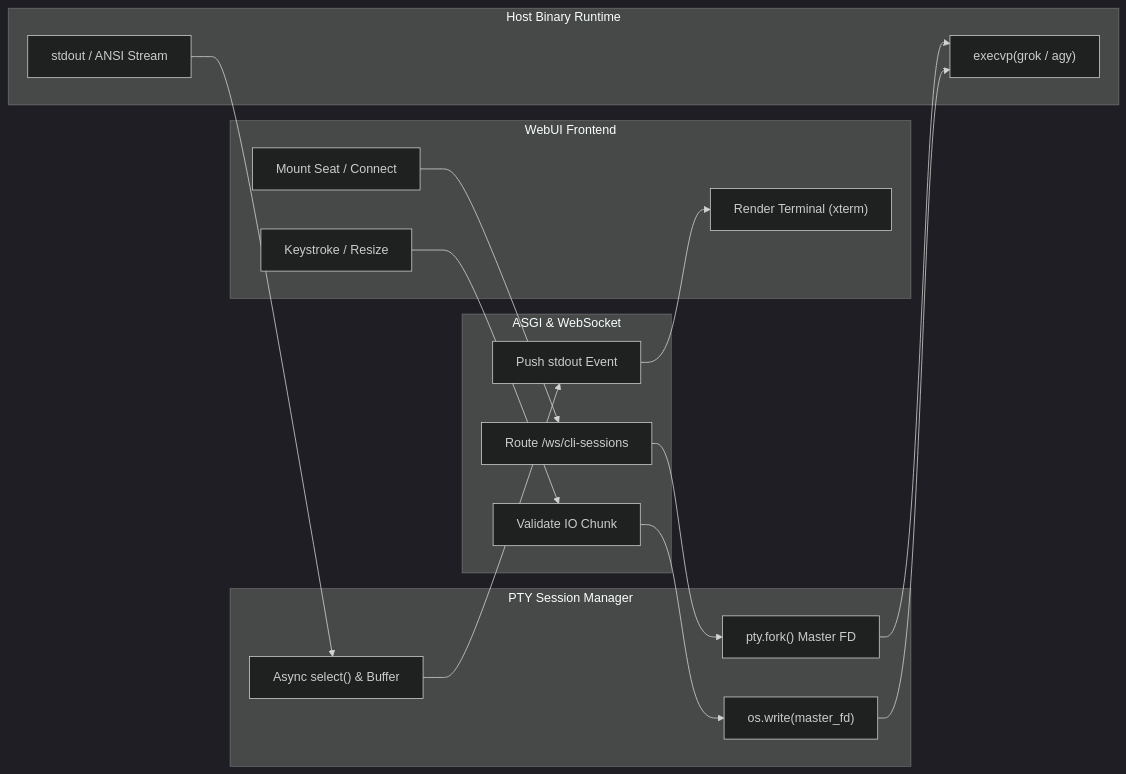
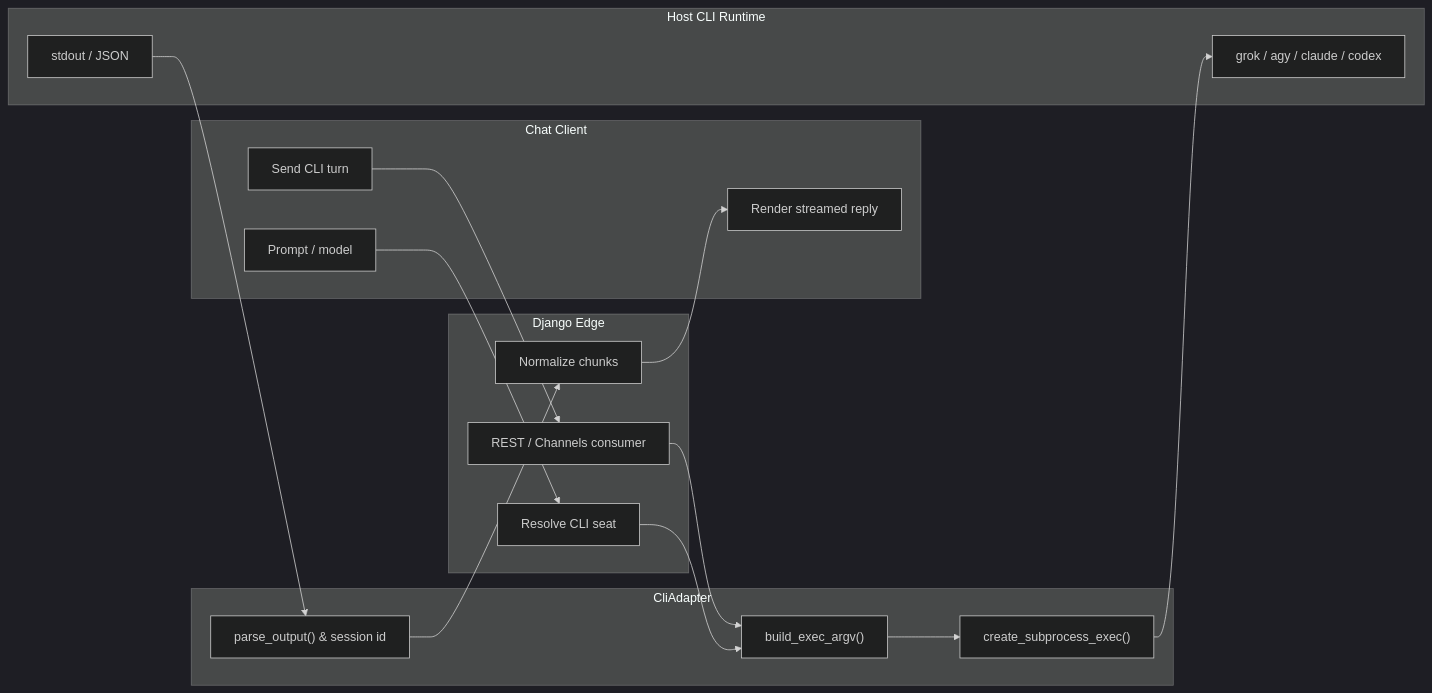
Before and after one commit to matthewhand/operating-swarm: the sixth of 8 diagrams in docs/diagrams/README.md, drawn with Mermaid (dark theme). The commit also changed other lines of this file and 1784 other files, not shown here.

````diff
--- a/docs/diagrams/README.md
+++ b/docs/diagrams/README.md
@@ -173,26 +342,26 @@
 ```mermaid
 flowchart LR
-    subgraph UI ["WebUI Frontend"]
-        Mount["Mount Seat / Connect"]
-        Key["Keystroke / Resize"]
-        Render["Render Terminal (xterm)"]
+    subgraph UI ["Chat Client"]
+        Mount["Send CLI turn"]
+        Key["Prompt / model"]
+        Render["Render streamed reply"]
     end
-    subgraph ASGI ["ASGI & WebSocket"]
-        WS["Route /ws/cli-sessions"]
-        Frame["Validate IO Chunk"]
-        Push["Push stdout Event"]
+    subgraph ASGI ["Django Edge"]
+        WS["REST / Channels consumer"]
+        Frame["Resolve CLI seat"]
+        Push["Normalize chunks"]
     end
-    subgraph PTY ["PTY Session Manager"]
-        Fork["pty.fork() Master FD"]
-        Write["os.write(master_fd)"]
-        Read["Async select() & Buffer"]
+    subgraph Driver ["CliAdapter"]
+        Build["build_exec_argv()"]
+        Spawn["create_subprocess_exec()"]
+        Read["parse_output() & session id"]
     end
-    subgraph CLI ["Host Binary Runtime"]
-        Exec["execvp(grok / agy)"]
-        ANSI["stdout / ANSI Stream"]
+    subgraph CLI ["Host CLI Runtime"]
+        Exec["grok / agy / claude / codex"]
+        OUT["stdout / JSON"]
     end
 
-    Mount --> WS --> Fork --> Exec
-    Key --> Frame --> Write --> Exec
-    ANSI --> Read --> Push --> Render
+    Mount --> WS --> Build --> Spawn --> Exec
+    Key --> Frame --> Build
+    OUT --> Read --> Push --> Render
 ```
````
